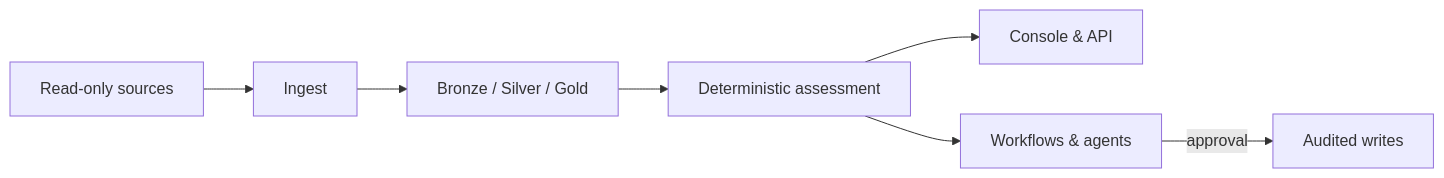
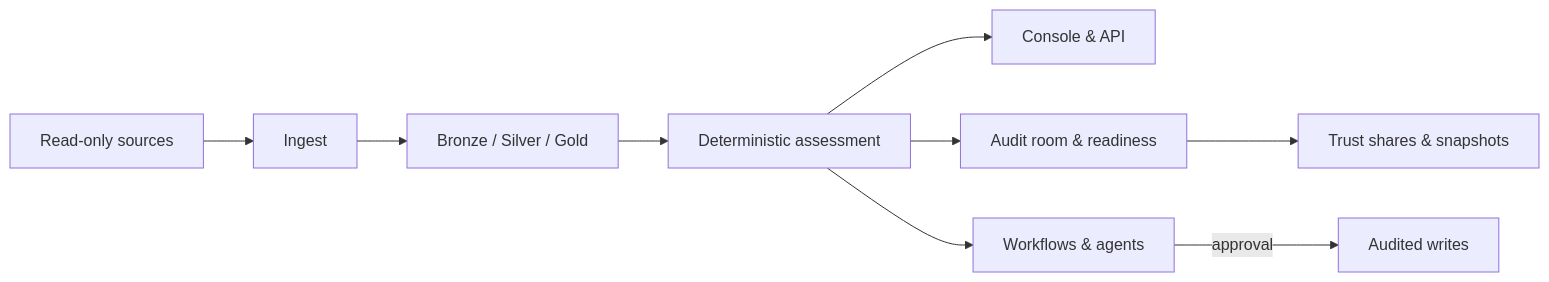
Before and after one commit to msaad00/trustops-security-data-lake: the diagram in README.md, drawn with Mermaid. The commit also changed other lines of this file and 18 other files, not shown here.

First line of the commit message:
docs: refresh README, diagrams, and console screenshots (#349)

````diff
--- a/README.md
+++ b/README.md
@@ -63,9 +81,11 @@
 ```mermaid
 flowchart LR
   S[Read-only sources] --> I[Ingest]
   I --> L[Bronze / Silver / Gold]
   L --> A[Deterministic assessment]
   A --> U[Console & API]
+  A --> R[Audit room & readiness]
   A --> W[Workflows & agents]
   W -->|approval| X[Audited writes]
+  R --> T[Trust shares & snapshots]
 ```
````
